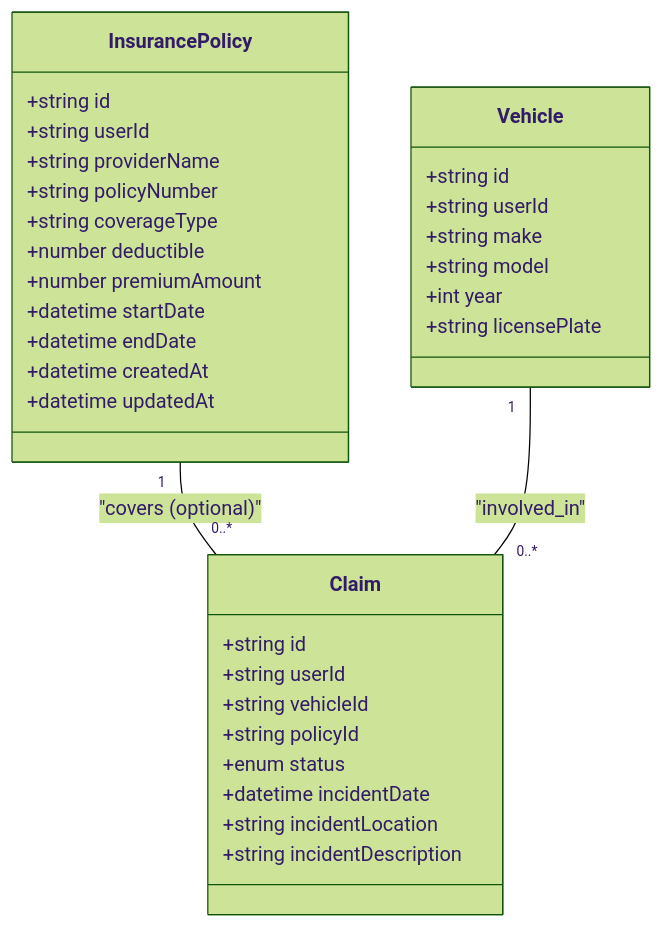
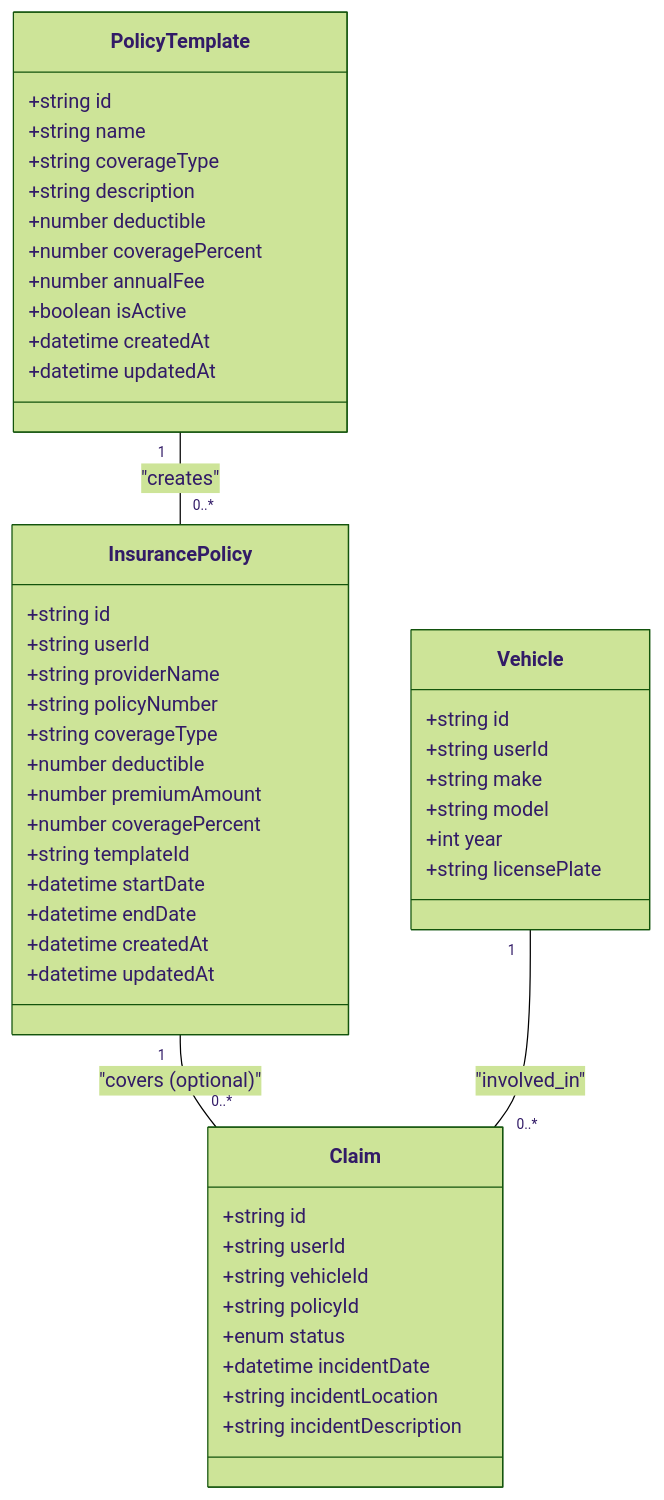
Before and after one commit to NaveenHiranya/Smart-Vehicle-Insurance-Claim-System: the fifth of 5 diagrams in .qoder/repowiki/en/content/API Reference/Policies API.md, drawn with Mermaid (forest theme). The commit also changed other lines of this file and 38 other files, not shown here.

````diff
--- a/.qoder/repowiki/en/content/API Reference/Policies API.md
+++ b/.qoder/repowiki/en/content/API Reference/Policies API.md
@@ -368,36 +479,51 @@
 ```mermaid
 classDiagram
+class PolicyTemplate {
++string id
++string name
++string coverageType
++string description
++number deductible
++number coveragePercent
++number annualFee
++boolean isActive
++datetime createdAt
++datetime updatedAt
+}
 class InsurancePolicy {
 +string id
 +string userId
 +string providerName
 +string policyNumber
 +string coverageType
 +number deductible
 +number premiumAmount
++number coveragePercent
++string templateId
 +datetime startDate
 +datetime endDate
 +datetime createdAt
 +datetime updatedAt
 }
 class Claim {
 +string id
 +string userId
 +string vehicleId
 +string policyId
 +enum status
 +datetime incidentDate
 +string incidentLocation
 +string incidentDescription
 }
 class Vehicle {
 +string id
 +string userId
 +string make
 +string model
 +int year
 +string licensePlate
 }
+PolicyTemplate "1" -- "0..*" InsurancePolicy : "creates"
 InsurancePolicy "1" -- "0..*" Claim : "covers (optional)"
 Vehicle "1" -- "0..*" Claim : "involved_in"
 ```
````
